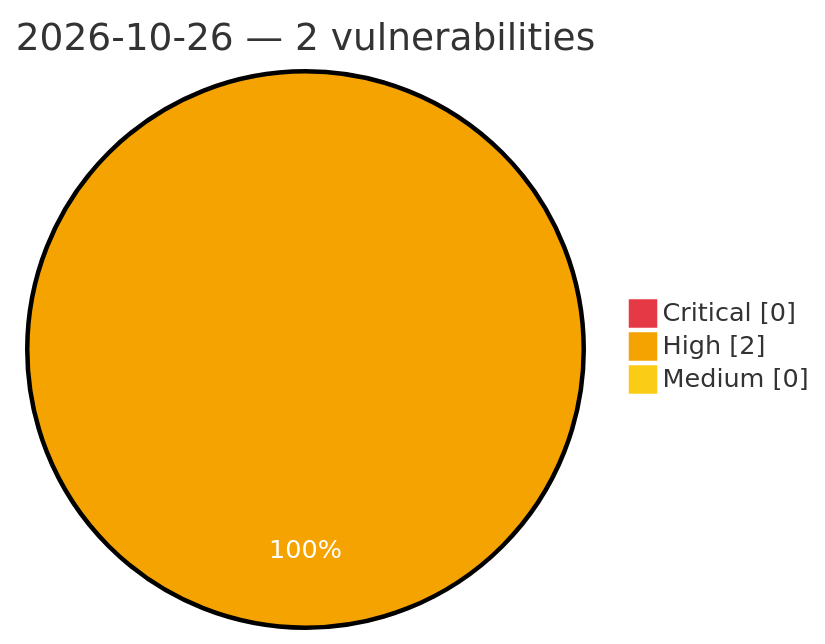
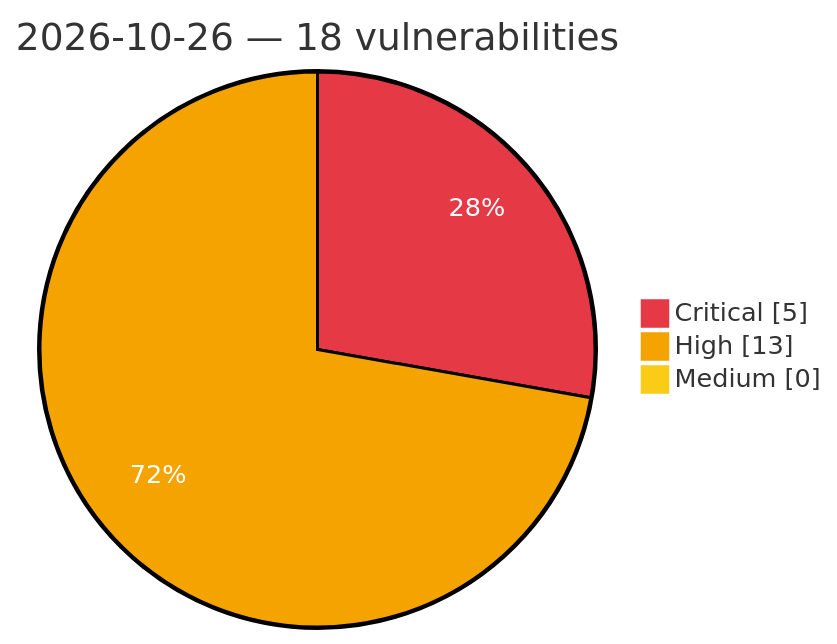
The diagram in vulnerabilities/2026/October/2026-10-26.md (GhostX0X/vuln-tracker), drawn with Mermaid before and after one commit. The commit also changed other lines of this file and 5 other files, not shown here.

Commit message:
Auto update: critical/high vulns (2026-10-26 11:22 UTC)

````diff
--- a/vulnerabilities/2026/October/2026-10-26.md
+++ b/vulnerabilities/2026/October/2026-10-26.md
@@ -3,8 +3,8 @@
 ```mermaid
 %%{init: {'theme':'base', 'themeVariables': {'pie1':'#e63946', 'pie2':'#f4a300', 'pie3':'#facc15', 'pieOpacity':'1', 'pieOuterStrokeWidth':'2px', 'pieSectionTextColor':'#ffffff'}}}%%
 pie showData
-    title 2026-10-26 — 2 vulnerabilities
-    "Critical" : 0
-    "High" : 2
+    title 2026-10-26 — 18 vulnerabilities
+    "Critical" : 5
+    "High" : 13
     "Medium" : 0
 ```
````
